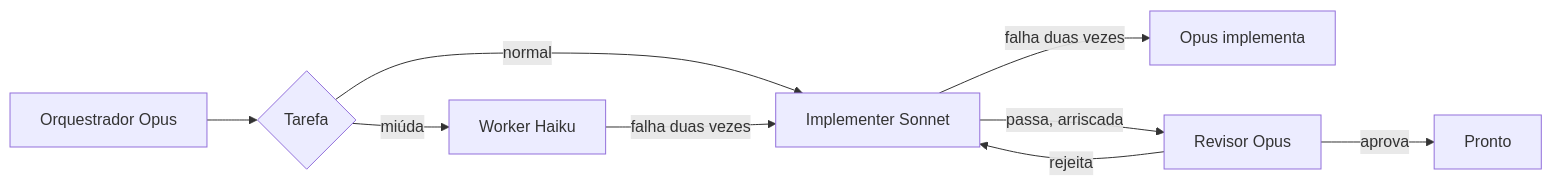
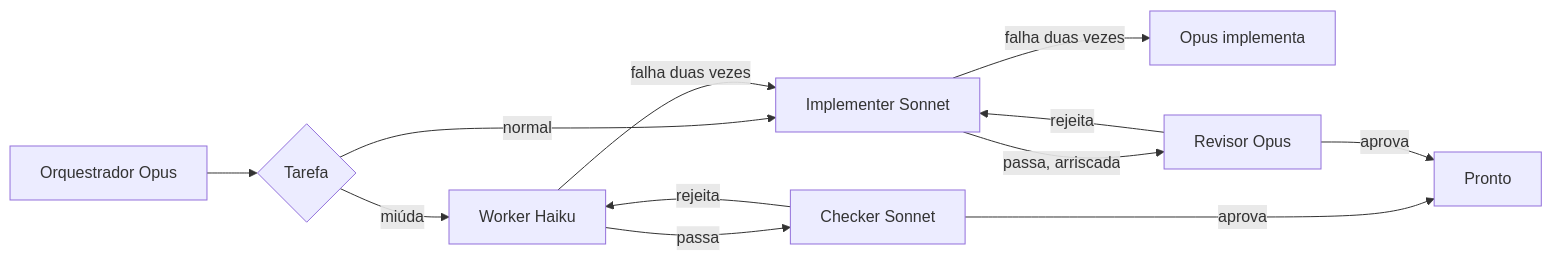
One commit to edsoncantuaria/cc-tiers changed the diagram in README.pt-BR.md. Above: the diagram before and after it, drawn with Mermaid. The commit also changed other lines of this file and 24 other files, not shown here.

````diff
--- a/README.pt-BR.md
+++ b/README.pt-BR.md
@@ -50,11 +51,14 @@
 ```mermaid
 flowchart LR
     A[Orquestrador Opus] --> B{Tarefa}
     B -- miúda --> C[Worker Haiku]
     B -- normal --> D[Implementer Sonnet]
     C -- falha duas vezes --> D
     D -- falha duas vezes --> E[Opus implementa]
+    C -- passa --> H[Checker Sonnet]
     D -- passa, arriscada --> F[Revisor Opus]
+    H -- rejeita --> C
     F -- rejeita --> D
-    F -- aprova --> G[Pronto]
+    H -- aprova --> G[Pronto]
+    F -- aprova --> G
 ```
````
